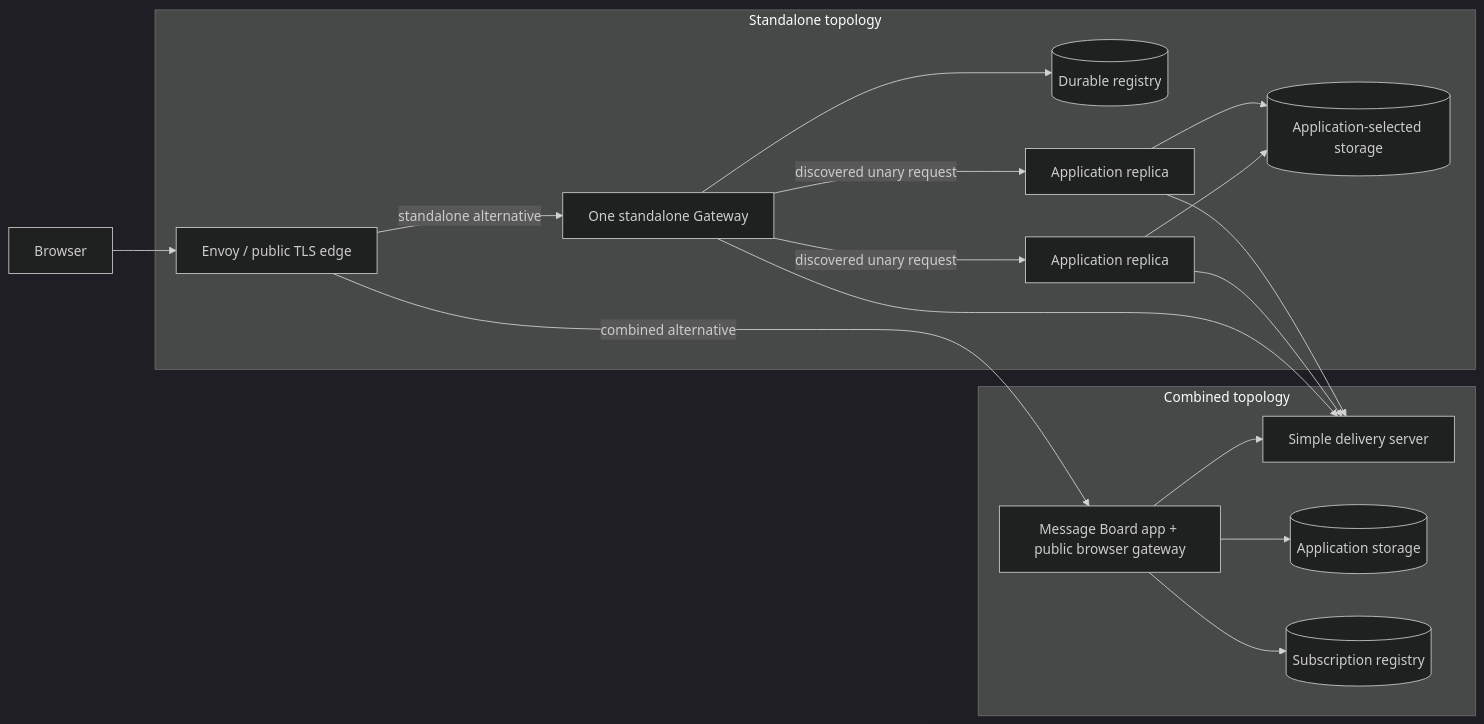
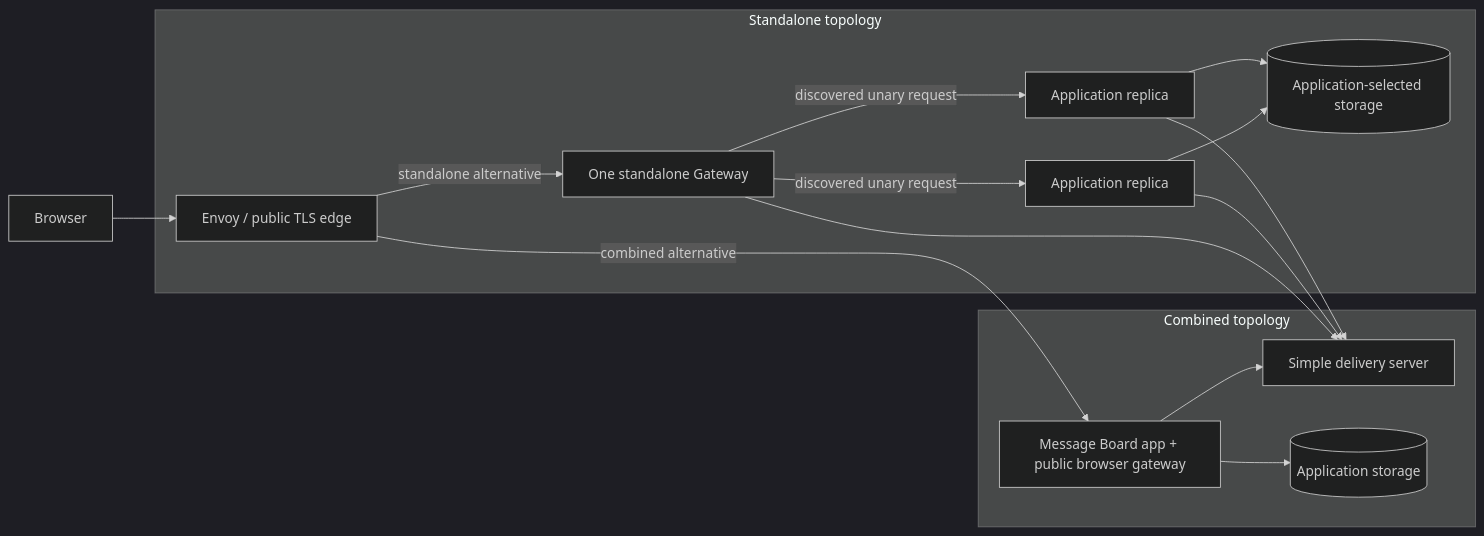
One commit to SpineEventEngine/spine-ts changed the second of 2 diagrams in examples/message-board/README.md. Above: the diagram before and after it, drawn with Mermaid (dark theme). The commit also changed other lines of this file and 18 other files, not shown here.

````diff
--- a/examples/message-board/README.md
+++ b/examples/message-board/README.md
@@ -209,23 +209,21 @@
 ```mermaid
 flowchart LR
   Browser[Browser] --> Envoy[Envoy / public TLS edge]
   D[Simple delivery server]
   subgraph Combined[Combined topology]
     C[Message Board app + public browser gateway]
     C --> CS[(Application storage)]
-    C --> CR[(Subscription registry)]
     C --> D
   end
   Envoy -->|combined alternative| C
   subgraph Standalone[Standalone topology]
     Envoy -->|standalone alternative| G[One standalone Gateway]
-    G --> R[(Durable registry)]
     G -->|discovered unary request| A1[Application replica]
     G -->|discovered unary request| A2[Application replica]
     A1 --> S[(Application-selected storage)]
     A2 --> S
     A1 --> D
     A2 --> D
     G --> D
   end
 ```
````
